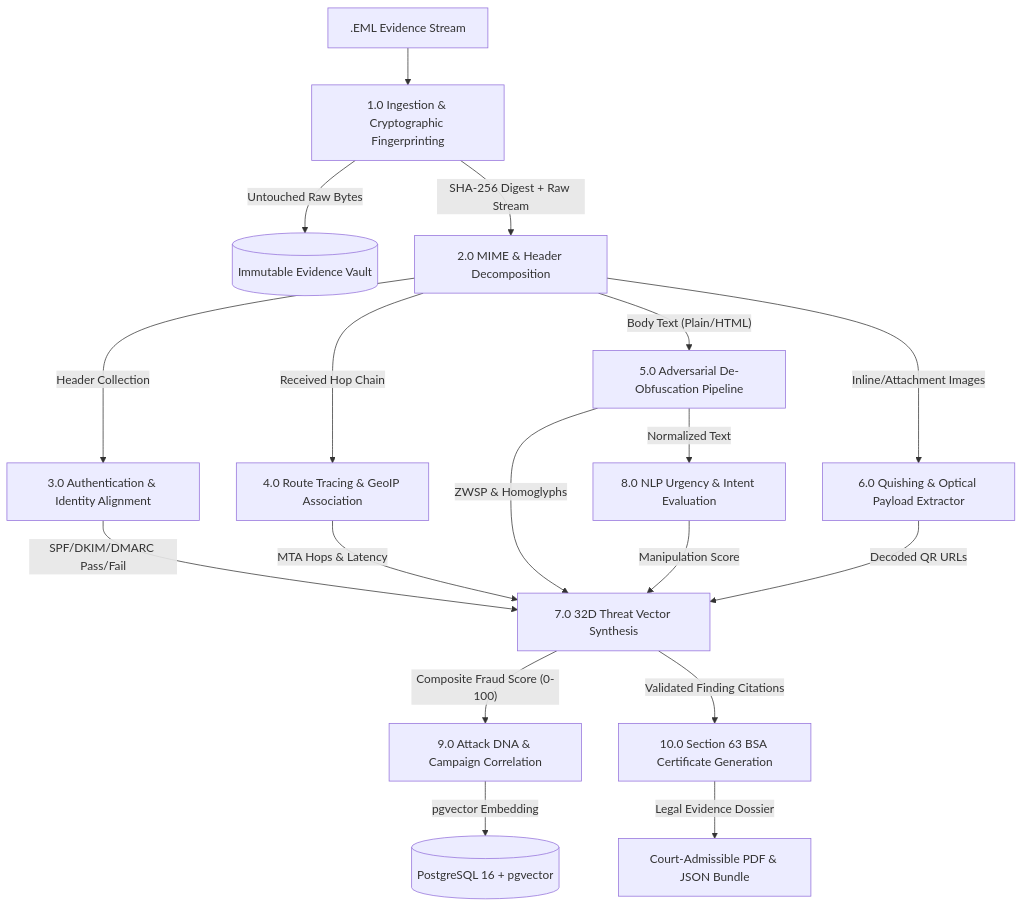
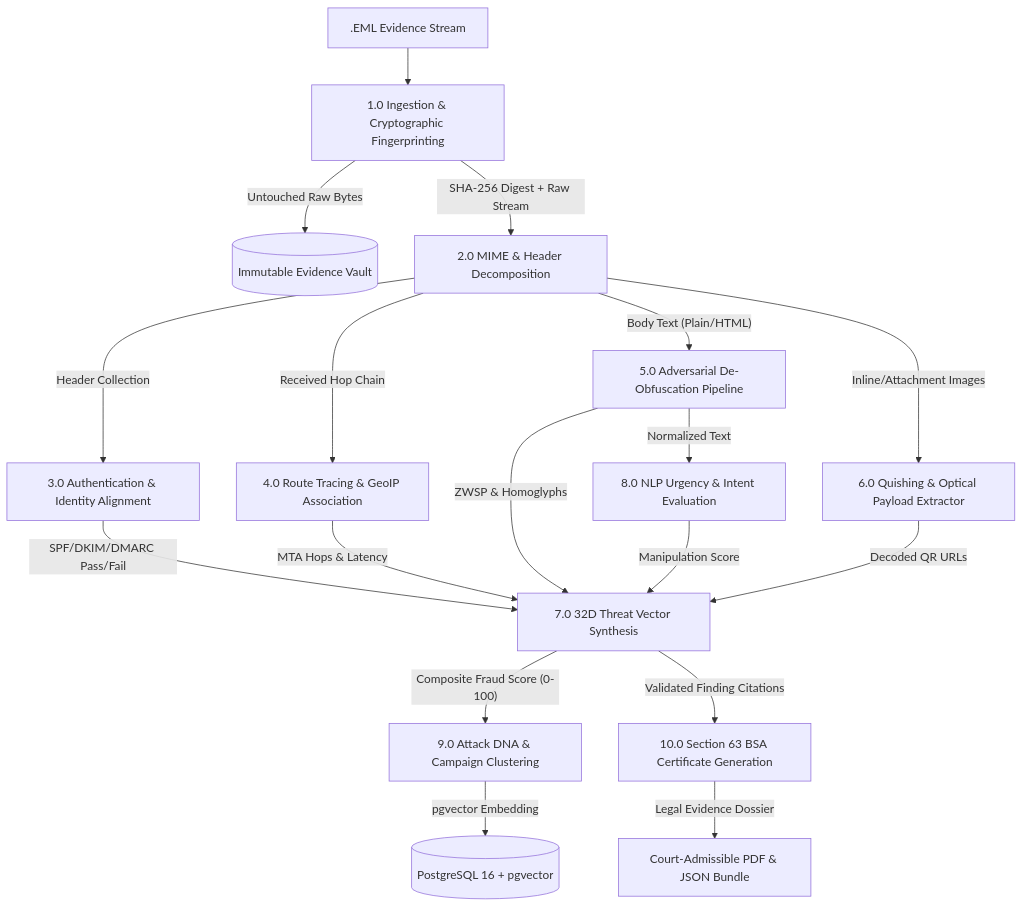
The fourth of 10 diagrams in updated architecture.md (rakeshsinghrawat107/MailTrace-AI), drawn with Mermaid before and after one commit. The commit also changed other lines of this file and 2 other files, not shown here.

Commit message:
fix(map): replace watermarked CartoDB tiles with keyless Esri World Dark Gray & update architecture v3.1.0

````diff
--- a/updated architecture.md
+++ b/updated architecture.md
@@ -179,23 +397,23 @@
 ```mermaid
 flowchart TD
     EVIDENCE[".EML Evidence Stream"] --> P1["1.0 Ingestion & Cryptographic Fingerprinting"]
     P1 -->|"Untouched Raw Bytes"| STORE_RAW[("Immutable Evidence Vault")]
     P1 -->|"SHA-256 Digest + Raw Stream"| P2["2.0 MIME & Header Decomposition"]
     
     P2 -->|"Header Collection"| P3["3.0 Authentication & Identity Alignment"]
     P2 -->|"Received Hop Chain"| P4["4.0 Route Tracing & GeoIP Association"]
     P2 -->|"Body Text (Plain/HTML)"| P5["5.0 Adversarial De-Obfuscation Pipeline"]
     P2 -->|"Inline/Attachment Images"| P6["6.0 Quishing & Optical Payload Extractor"]
     
     P3 -->|"SPF/DKIM/DMARC Pass/Fail"| P7["7.0 32D Threat Vector Synthesis"]
     P4 -->|"MTA Hops & Latency"| P7
     P5 -->|"ZWSP & Homoglyphs"| P7
     P6 -->|"Decoded QR URLs"| P7
     P5 -->|"Normalized Text"| P8["8.0 NLP Urgency & Intent Evaluation"]
     P8 -->|"Manipulation Score"| P7
 
-    P7 -->|"Composite Fraud Score (0-100)"| P9["9.0 Attack DNA & Campaign Correlation"]
+    P7 -->|"Composite Fraud Score (0-100)"| P9["9.0 Attack DNA & Campaign Clustering"]
     P7 -->|"Validated Finding Citations"| P10["10.0 Section 63 BSA Certificate Generation"]
     P9 -->|"pgvector Embedding"| STORE_DB[("PostgreSQL 16 + pgvector")]
     P10 -->|"Legal Evidence Dossier"| DOSSIER["Court-Admissible PDF & JSON Bundle"]
 ```
````
